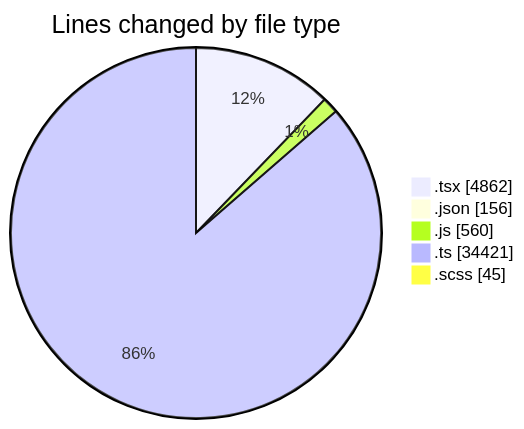
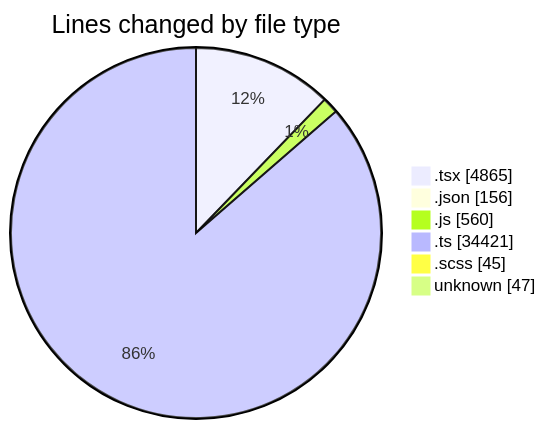
One commit to momahboobian/code-tracking changed the first of 2 diagrams in 2025-11-10/cda/README.md. Above: the diagram before and after it, drawn with Mermaid. The commit also changed other lines of this file and 1 other file, not shown here.

````diff
--- a/2025-11-10/cda/README.md
+++ b/2025-11-10/cda/README.md
@@ -46,9 +47,10 @@
 ```mermaid
 pie showData
 title Lines changed by file type
-".tsx" : 4862
+".tsx" : 4865
 ".json" : 156
 ".js" : 560
 ".ts" : 34421
 ".scss" : 45
+"unknown" : 47
 ```
````
